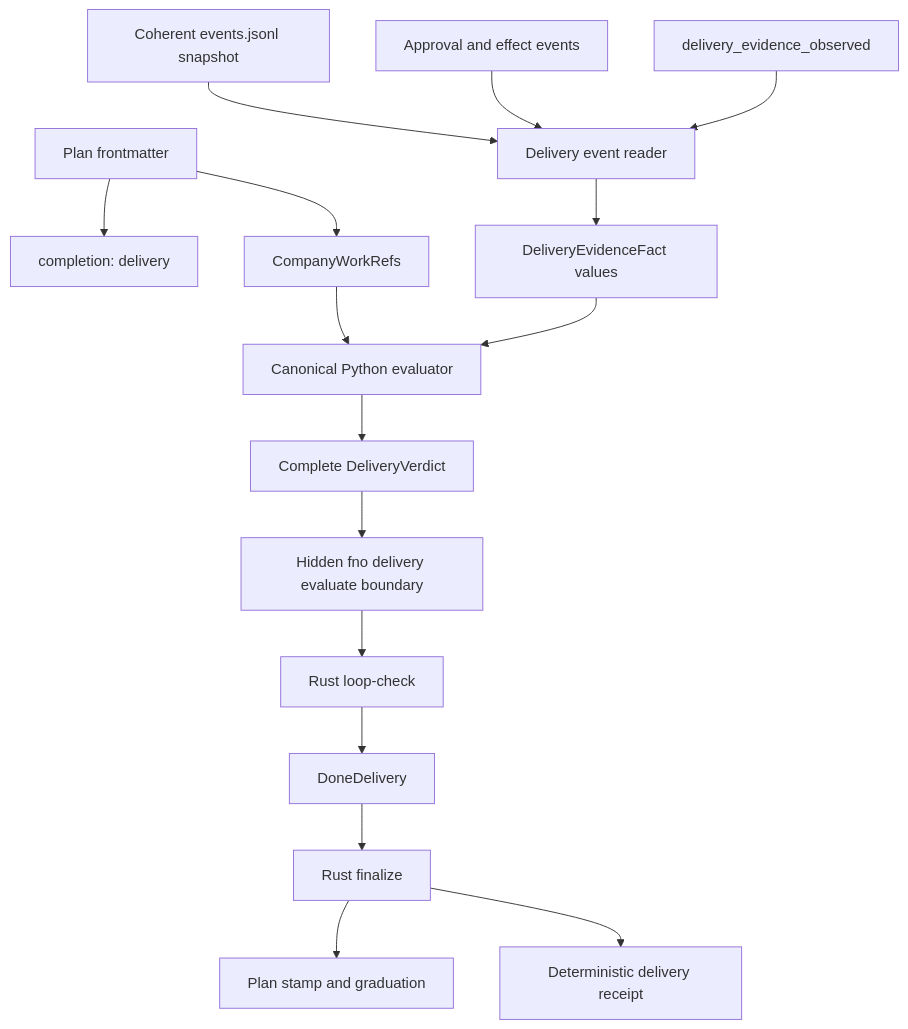
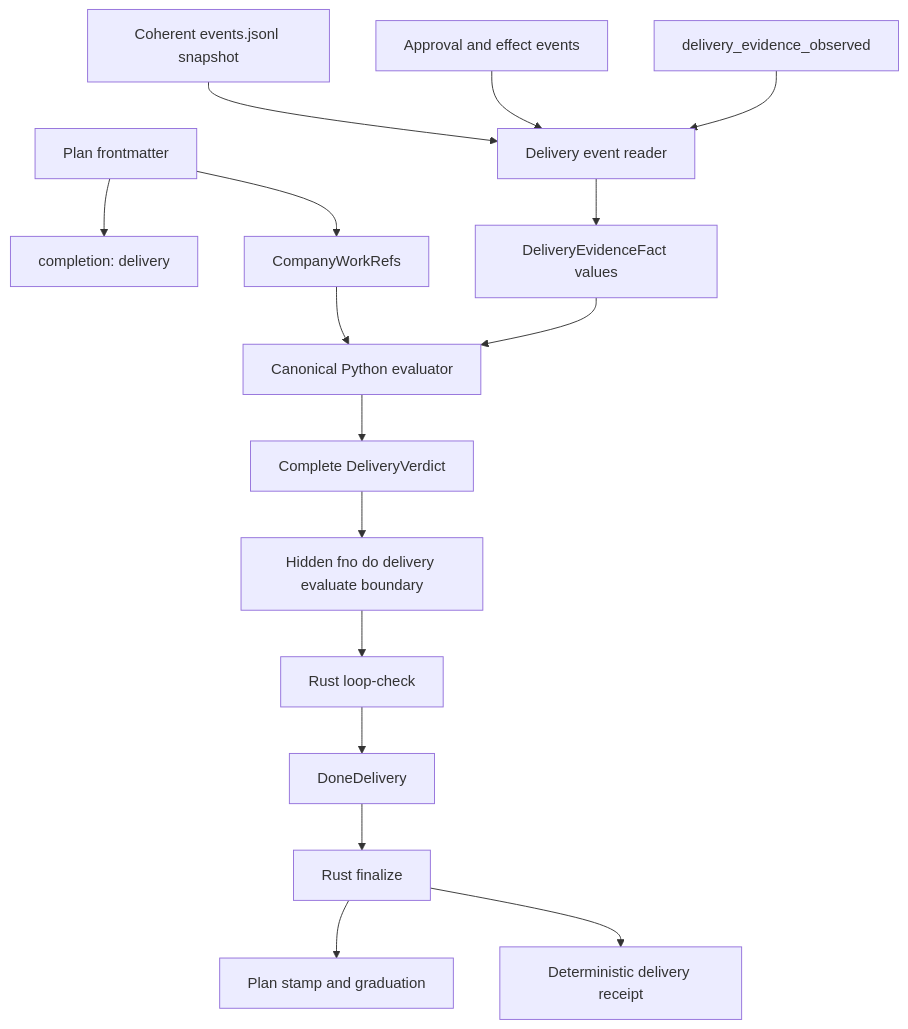
Before and after one commit to bllshttng/footnote: the first of 2 diagrams in docs/architecture/generic-delivery-evidence.md, drawn with Mermaid. The commit also changed other lines of this file and 362 other files, not shown here.

````diff
--- a/docs/architecture/generic-delivery-evidence.md
+++ b/docs/architecture/generic-delivery-evidence.md
@@ -16,18 +16,18 @@
 ```mermaid
 graph TD
     P[Plan frontmatter] --> A[completion: delivery]
     P --> C[CompanyWorkRefs]
     J[Coherent events.jsonl snapshot] --> R[Delivery event reader]
     X[Approval and effect events] --> R
     O[delivery_evidence_observed] --> R
     R --> F[DeliveryEvidenceFact values]
     C --> E[Canonical Python evaluator]
     F --> E
     E --> V[Complete DeliveryVerdict]
-    V --> B[Hidden fno delivery evaluate boundary]
+    V --> B[Hidden fno do delivery evaluate boundary]
     B --> L[Rust loop-check]
     L --> T[DoneDelivery]
     T --> Z[Rust finalize]
     Z --> S[Plan stamp and graduation]
     Z --> H[Deterministic delivery receipt]
 ```
````
